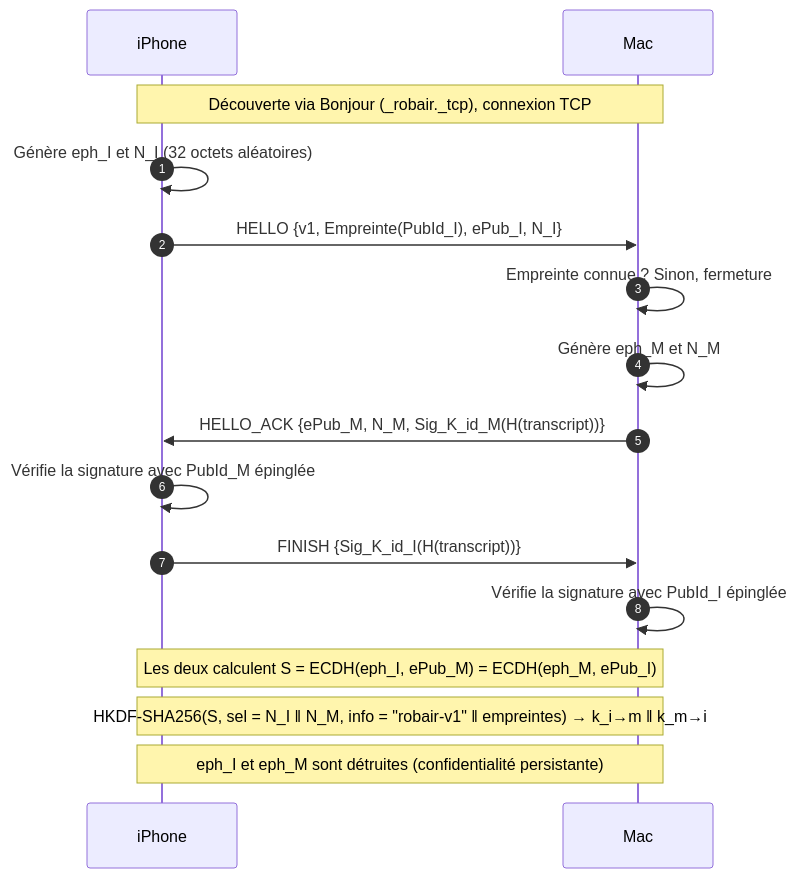
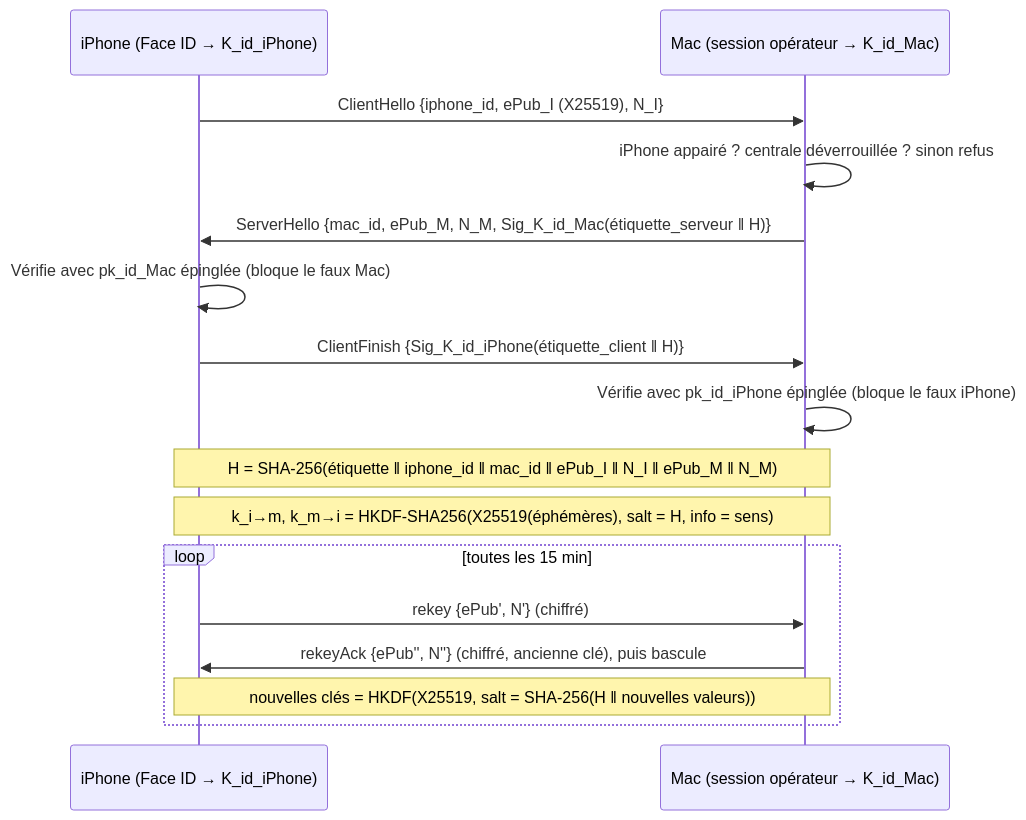
One commit to Br4tha/RobAir changed the third of 5 diagrams in docs/J2-architecture.md. Above: the diagram before and after it, drawn with Mermaid. The commit also changed other lines of this file and 7 other files, not shown here.

````diff
--- a/docs/J2-architecture.md
+++ b/docs/J2-architecture.md
@@ -107,19 +116,18 @@
 ```mermaid
 sequenceDiagram
-    autonumber
-    participant I as iPhone
-    participant M as Mac
-
-    Note over I,M: Découverte via Bonjour (_robair._tcp), connexion TCP
-    I->>I: Génère eph_I et N_I (32 octets aléatoires)
-    I->>M: HELLO {v1, Empreinte(PubId_I), ePub_I, N_I}
-    M->>M: Empreinte connue ? Sinon, fermeture
-    M->>M: Génère eph_M et N_M
-    M->>I: HELLO_ACK {ePub_M, N_M, Sig_K_id_M(H(transcript))}
-    I->>I: Vérifie la signature avec PubId_M épinglée
-    I->>M: FINISH {Sig_K_id_I(H(transcript))}
-    M->>M: Vérifie la signature avec PubId_I épinglée
-    Note over I,M: Les deux calculent S = ECDH(eph_I, ePub_M) = ECDH(eph_M, ePub_I)
-    Note over I,M: HKDF-SHA256(S, sel = N_I ‖ N_M, info = "robair-v1" ‖ empreintes) → k_i→m ‖ k_m→i
-    Note over I,M: eph_I et eph_M sont détruites (confidentialité persistante)
+    participant I as iPhone (Face ID → K_id_iPhone)
+    participant M as Mac (session opérateur → K_id_Mac)
+    I->>M: ClientHello {iphone_id, ePub_I (X25519), N_I}
+    M->>M: iPhone appairé ? centrale déverrouillée ? sinon refus
+    M->>I: ServerHello {mac_id, ePub_M, N_M, Sig_K_id_Mac(étiquette_serveur ‖ H)}
+    I->>I: Vérifie avec pk_id_Mac épinglée (bloque le faux Mac)
+    I->>M: ClientFinish {Sig_K_id_iPhone(étiquette_client ‖ H)}
+    M->>M: Vérifie avec pk_id_iPhone épinglée (bloque le faux iPhone)
+    Note over I,M: H = SHA-256(étiquette ‖ iphone_id ‖ mac_id ‖ ePub_I ‖ N_I ‖ ePub_M ‖ N_M)
+    Note over I,M: k_i→m, k_m→i = HKDF-SHA256(X25519(éphémères), salt = H, info = sens)
+    loop toutes les 15 min
+        I->>M: rekey {ePub', N'} (chiffré)
+        M->>I: rekeyAck {ePub'', N''} (chiffré, ancienne clé), puis bascule
+        Note over I,M: nouvelles clés = HKDF(X25519, salt = SHA-256(H ‖ nouvelles valeurs))
+    end
 ```
````
